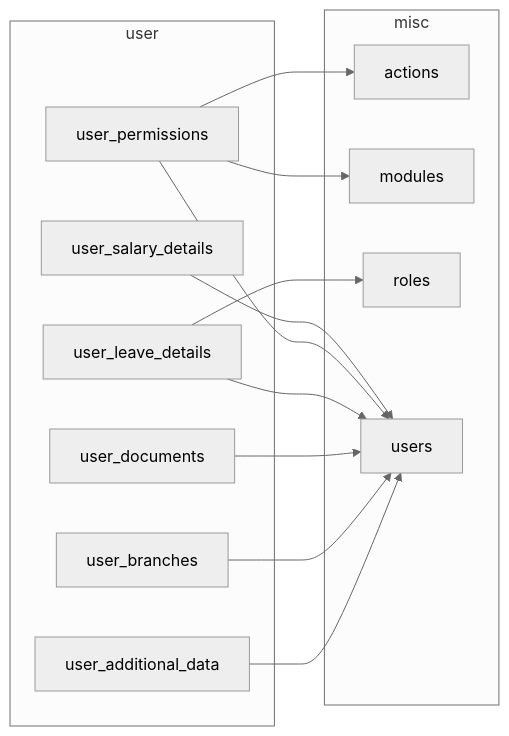
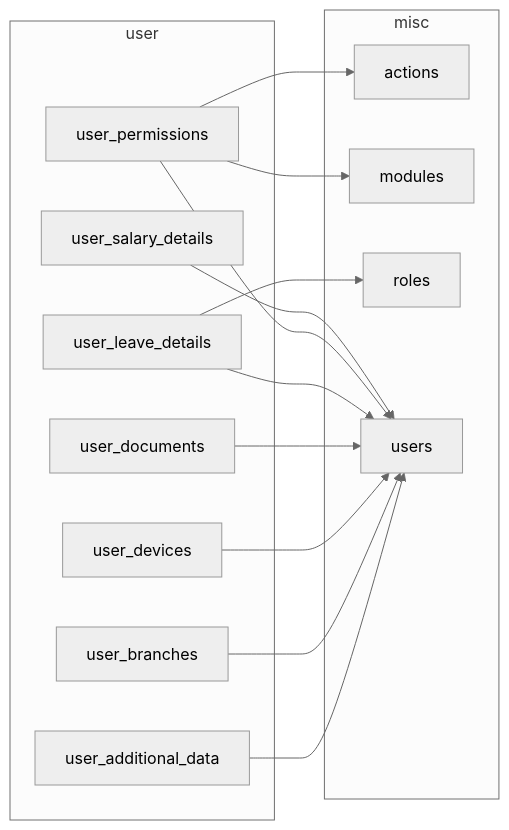
Before and after one commit to Aurifex-Innovations/ERP_docs: diagram 52 of 53 in Dashboard_DOCS/PROJECT_SCHEMA.md, drawn with Mermaid (neutral theme). The commit also changed other lines of this file, not shown here.

````diff
--- a/Dashboard_DOCS/PROJECT_SCHEMA.md
+++ b/Dashboard_DOCS/PROJECT_SCHEMA.md
@@ -3717,26 +3914,28 @@
 ```mermaid
 flowchart LR
   subgraph grp_user["user"]
     user_additional_data["user_additional_data"]
     user_branches["user_branches"]
+    user_devices["user_devices"]
     user_documents["user_documents"]
     user_leave_details["user_leave_details"]
     user_permissions["user_permissions"]
     user_salary_details["user_salary_details"]
   end
   subgraph grp_user_nbr_misc["misc"]
     actions["actions"]
     modules["modules"]
     roles["roles"]
     users["users"]
   end
   user_additional_data --> users
   user_branches --> users
+  user_devices --> users
   user_documents --> users
   user_leave_details --> roles
   user_leave_details --> users
   user_permissions --> actions
   user_permissions --> modules
   user_permissions --> users
   user_salary_details --> users
 ```
````
